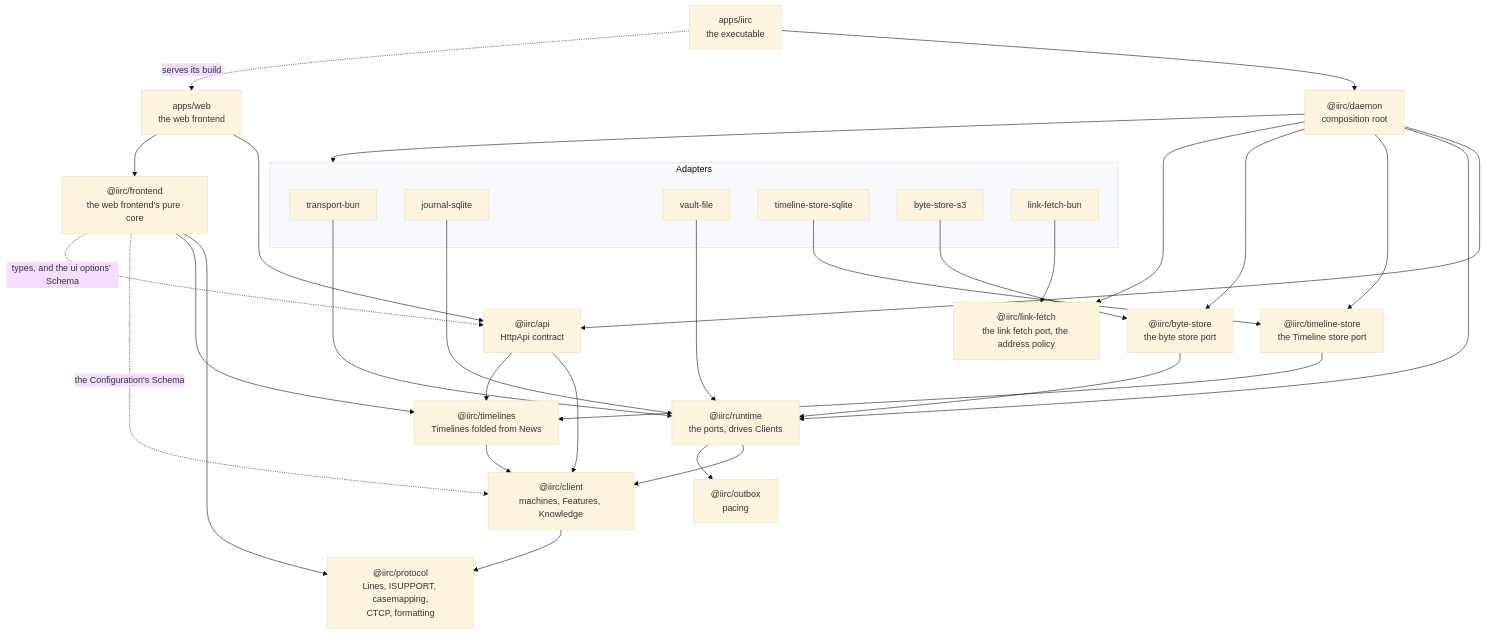
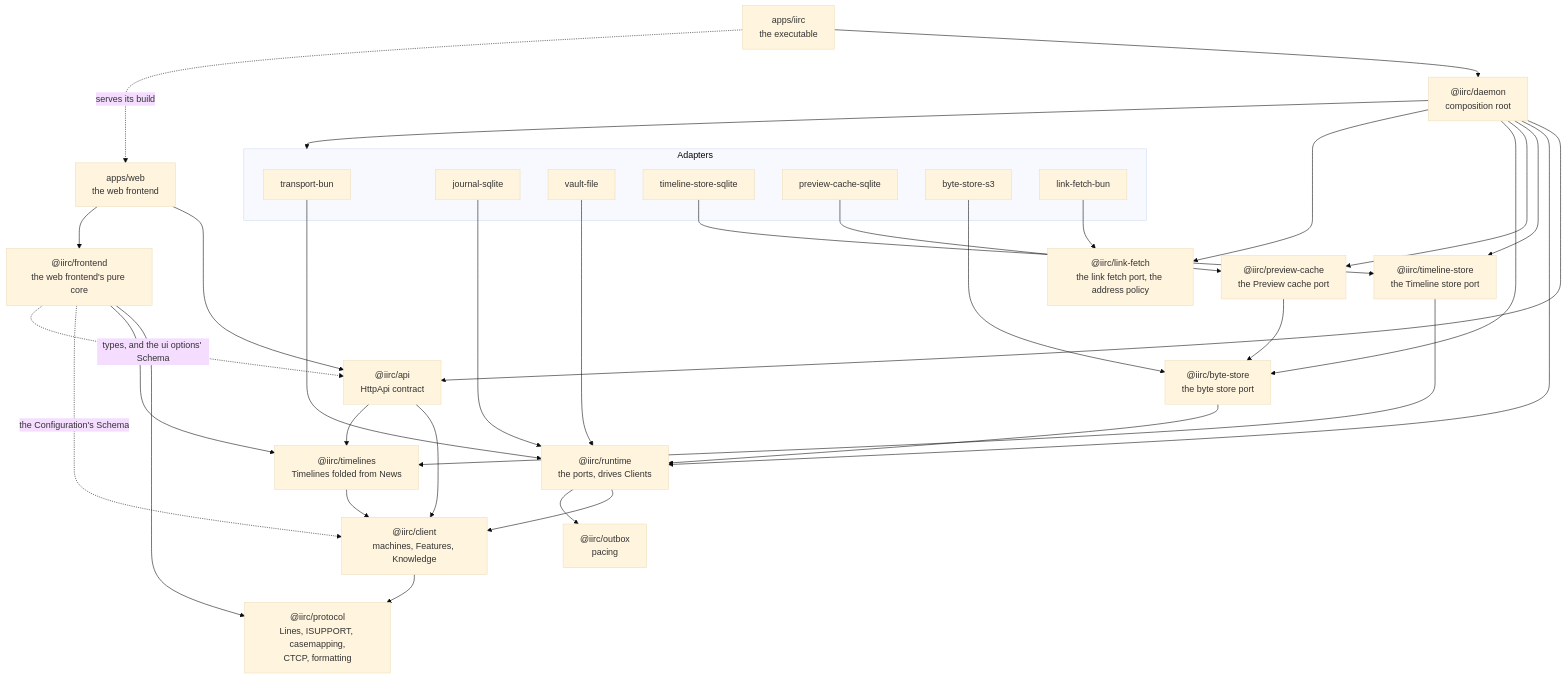
The second of 2 diagrams in ARCHITECTURE.md (deankerr/iirc), drawn with Mermaid (base theme) before and after one commit. The commit also changed other lines of this file and 23 other files, not shown here.

````diff
--- a/ARCHITECTURE.md
+++ b/ARCHITECTURE.md
@@ -80,43 +83,47 @@
 ```mermaid
 flowchart TB
   protocol["@iirc/protocol<br/>Lines, ISUPPORT, casemapping,<br/>CTCP, formatting"]
   client["@iirc/client<br/>machines, Features, Knowledge"]
   outbox["@iirc/outbox<br/>pacing"]
   timelines["@iirc/timelines<br/>Timelines folded from News"]
   store["@iirc/timeline-store<br/>the Timeline store port"]
+  previewcache["@iirc/preview-cache<br/>the Preview cache port"]
   bytestore["@iirc/byte-store<br/>the byte store port"]
   linkfetch["@iirc/link-fetch<br/>the link fetch port, the address policy"]
   runtime["@iirc/runtime<br/>the ports, drives Clients"]
   api["@iirc/api<br/>HttpApi contract"]
   daemon["@iirc/daemon<br/>composition root"]
   app["apps/iirc<br/>the executable"]
   frontend["@iirc/frontend<br/>the web frontend's pure core"]
   web["apps/web<br/>the web frontend"]
 
   subgraph adapters["Adapters"]
     tbun["transport-bun"]
     jsql["journal-sqlite"]
     vfile["vault-file"]
     tsql["timeline-store-sqlite"]
+    psql["preview-cache-sqlite"]
     bs3["byte-store-s3"]
     lfbun["link-fetch-bun"]
   end
 
   client --> protocol
   runtime --> client & outbox
   timelines --> client
   store --> timelines
   tbun & jsql & vfile --> runtime
   tsql --> store
+  previewcache --> bytestore
+  psql --> previewcache
   bytestore --> runtime
   bs3 --> bytestore
   lfbun --> linkfetch
   api --> client & timelines
-  daemon --> api & runtime & store & bytestore & linkfetch & adapters
+  daemon --> api & runtime & store & previewcache & bytestore & linkfetch & adapters
   app --> daemon
   frontend --> protocol & timelines
   frontend -.->|"the Configuration's Schema"| client
   frontend -.->|"types, and the ui options' Schema"| api
   web --> api & frontend
   app -.->|"serves its build"| web
 ```
````
